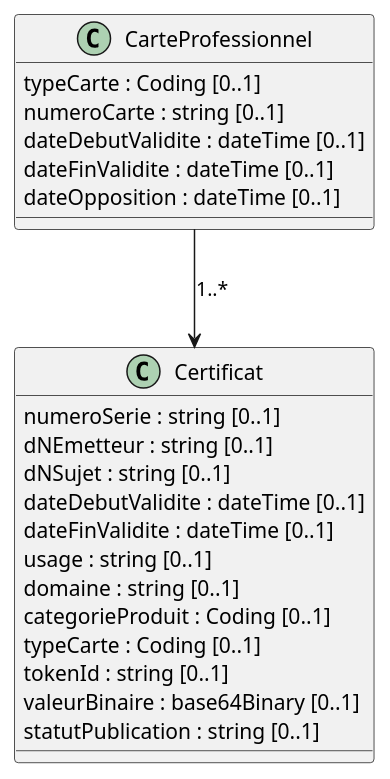
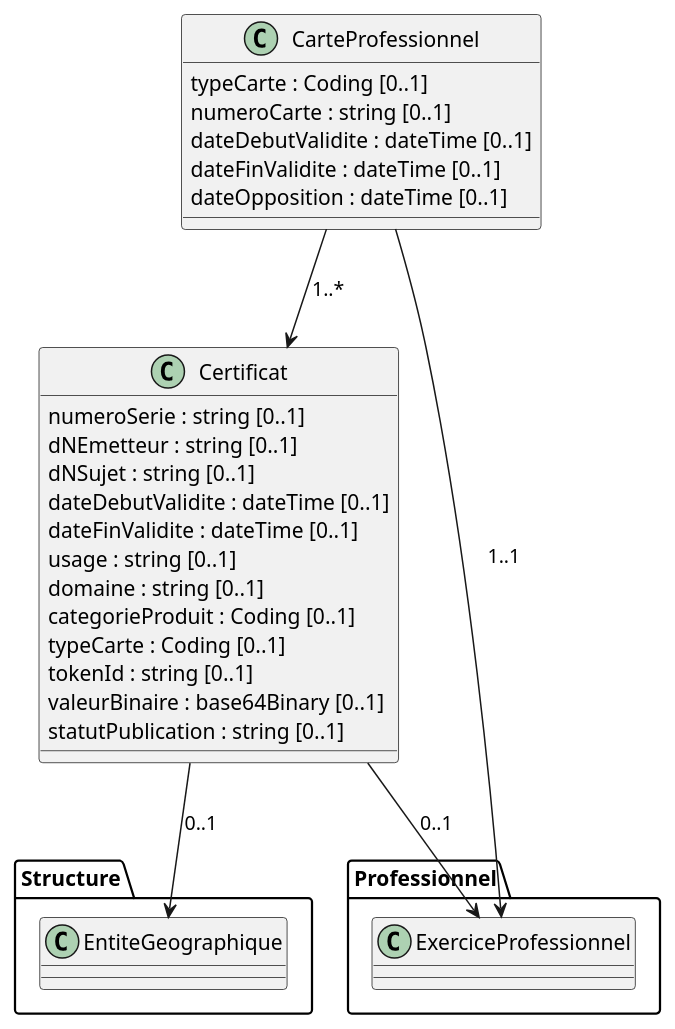
One commit to ansforge/IG-modele-objets-sante changed the diagram in input/images-source/Dispositif-dauthentification.plantuml. Above: the diagram before and after it, drawn with PlantUML. The commit also changed 53 other files, not shown here.

Commit message:
Diagramme avec Références

```diff
--- a/input/images-source/Dispositif-dauthentification.plantuml
+++ b/input/images-source/Dispositif-dauthentification.plantuml
@@ -1,28 +1,40 @@
 @startuml
 
 Class CarteProfessionnel {
   typeCarte : Coding [0..1]
   numeroCarte : string [0..1]
   dateDebutValidite : dateTime [0..1]
   dateFinValidite : dateTime [0..1]
   dateOpposition : dateTime [0..1]
 }
 
 Class Certificat {
   numeroSerie : string [0..1]
   dNEmetteur : string [0..1]
   dNSujet : string [0..1]
   dateDebutValidite : dateTime [0..1]
   dateFinValidite : dateTime [0..1]
   usage : string [0..1]
   domaine : string [0..1]
   categorieProduit : Coding [0..1]
   typeCarte : Coding [0..1]
   tokenId : string [0..1]
   valeurBinaire : base64Binary [0..1]
   statutPublication : string [0..1]
 }
 
+
+package "Professionnel" {
+  Class ExerciceProfessionnel
+  Class ExerciceProfessionnel
+}
+
+package "Structure" {
+  Class EntiteGeographique
+}
 CarteProfessionnel --> Certificat : 1..*
+CarteProfessionnel --> ExerciceProfessionnel : 1..1
+Certificat --> ExerciceProfessionnel : 0..1
+Certificat --> EntiteGeographique : 0..1
 
 @enduml
```
